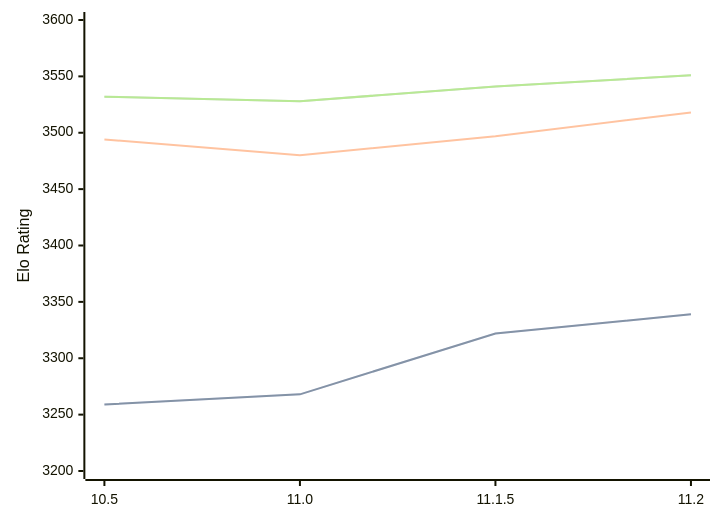
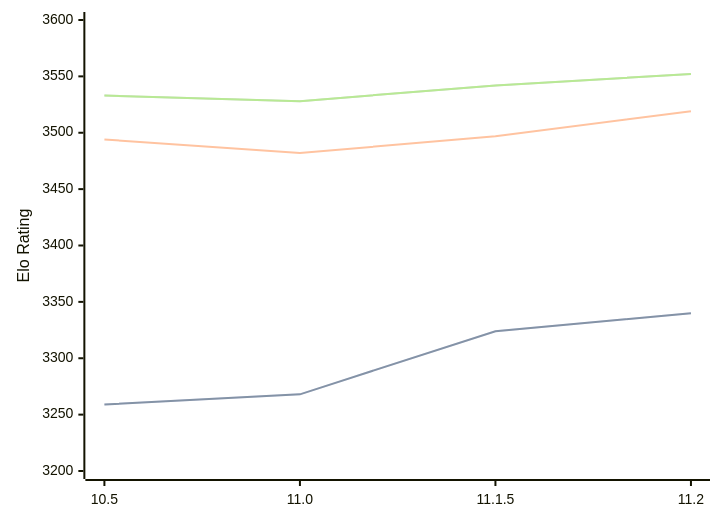
One commit to computer-chess-index/cci changed the diagram in engines/Lizard.md. Above: the diagram before and after it, drawn with Mermaid. The commit also changed other lines of this file, not shown here.

Commit message:
Update CCI Ratings (ELO VLTC) - 2026-04-25

````diff
--- a/engines/Lizard.md
+++ b/engines/Lizard.md
@@ -46,11 +46,11 @@
 ```mermaid
 %%{init: {"theme":"base","themeVariables":{"seriesColors:['#a3a3a3','#222221','#faa371']}}}%%
 xychart-beta
   x-axis ["10.5", "11.0", "11.1.5", "11.2"]
   y-axis "Elo Rating" 3200 --> 3600
-  line "STC (8.0+0.08s)" [3259, 3268, 3322, 3339]
-  line "STC (8.0+0.08s)" [3259, 3268, 3322, 3339]
-  line "LTC (60.0+0.60s)" [3494, 3480, 3497, 3518]
-  line "VLTC (2m24s+1.12s)" [3532, 3528, 3541, 3551]
-  line "VLTC (2m24s+1.12s)" [3532, 3528, 3541, 3551]
+  line "STC (8.0+0.08s)" [3259, 3268, 3324, 3340]
+  line "STC (8.0+0.08s)" [3259, 3268, 3324, 3340]
+  line "LTC (60.0+0.60s)" [3494, 3482, 3497, 3519]
+  line "VLTC (2m24s+1.12s)" [3533, 3528, 3542, 3552]
+  line "VLTC (2m24s+1.12s)" [3533, 3528, 3542, 3552]
 ```
````
